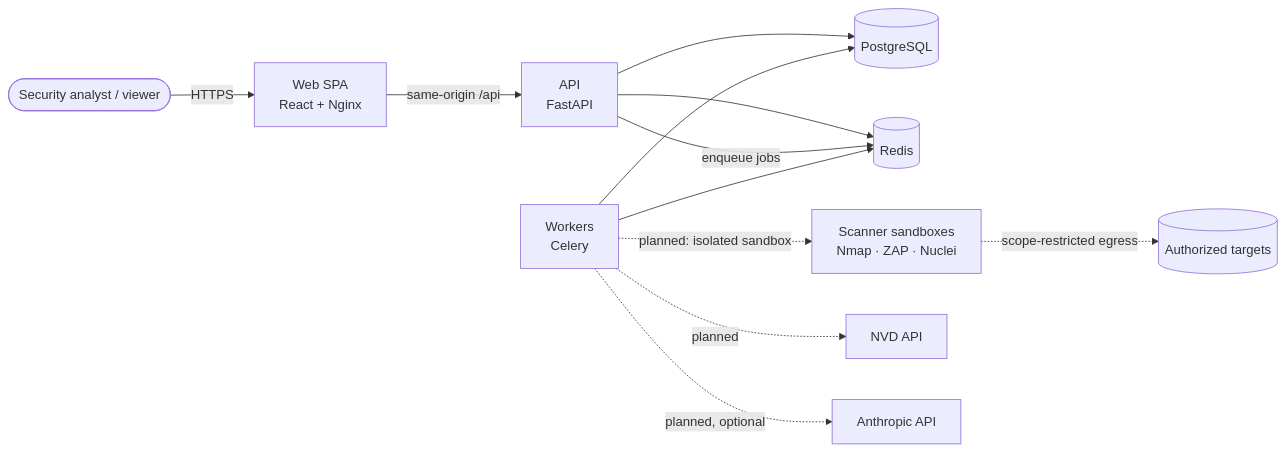
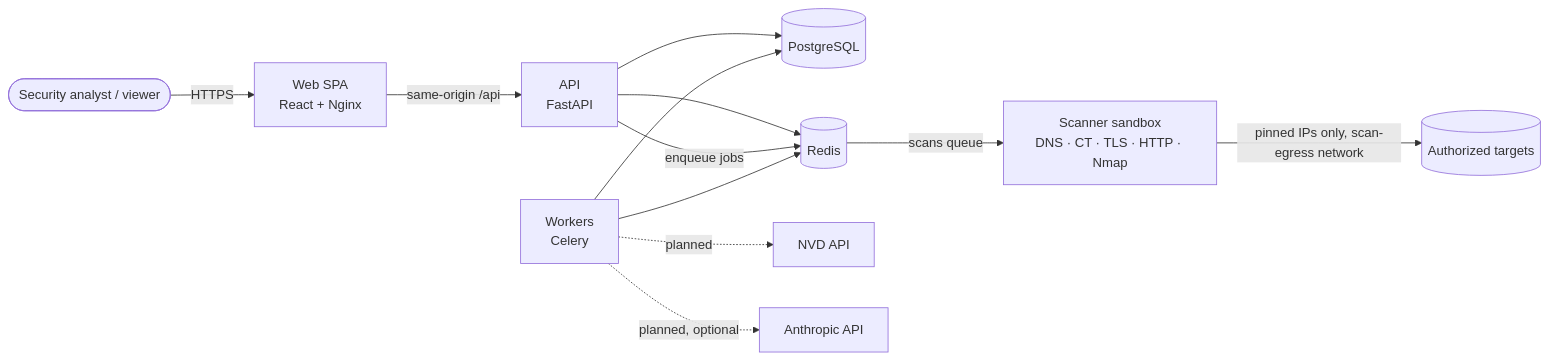
Before and after one commit to Fabianooliveirasilva/SENTINELX: the first of 2 diagrams in docs/ARCHITECTURE.md, drawn with Mermaid. The commit also changed other lines of this file and 63 other files, not shown here.

````diff
--- a/docs/ARCHITECTURE.md
+++ b/docs/ARCHITECTURE.md
@@ -22,14 +22,14 @@
 ```mermaid
 flowchart LR
     analyst([Security analyst / viewer]) -->|HTTPS| web[Web SPA<br/>React + Nginx]
     web -->|same-origin /api| api[API<br/>FastAPI]
     api --> pg[(PostgreSQL)]
     api --> redis[(Redis)]
     api -->|enqueue jobs| redis
     worker[Workers<br/>Celery] --> redis
     worker --> pg
-    worker -.->|planned: isolated sandbox| scanners[Scanner sandboxes<br/>Nmap · ZAP · Nuclei]
-    scanners -.->|scope-restricted egress| targets[(Authorized targets)]
+    redis -->|scans queue| scanner[Scanner sandbox<br/>DNS · CT · TLS · HTTP · Nmap]
+    scanner -->|pinned IPs only, scan-egress network| targets[(Authorized targets)]
     worker -.->|planned| nvd[NVD API]
     worker -.->|planned, optional| llm[Anthropic API]
 ```
````
